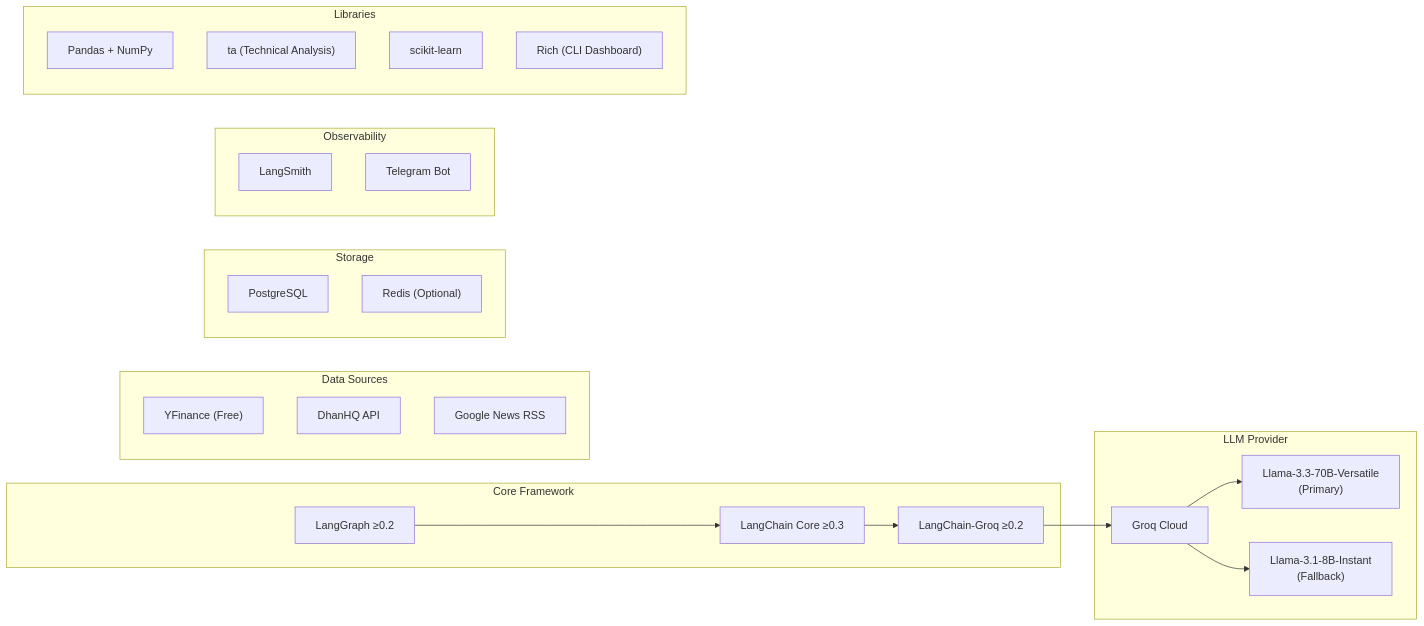
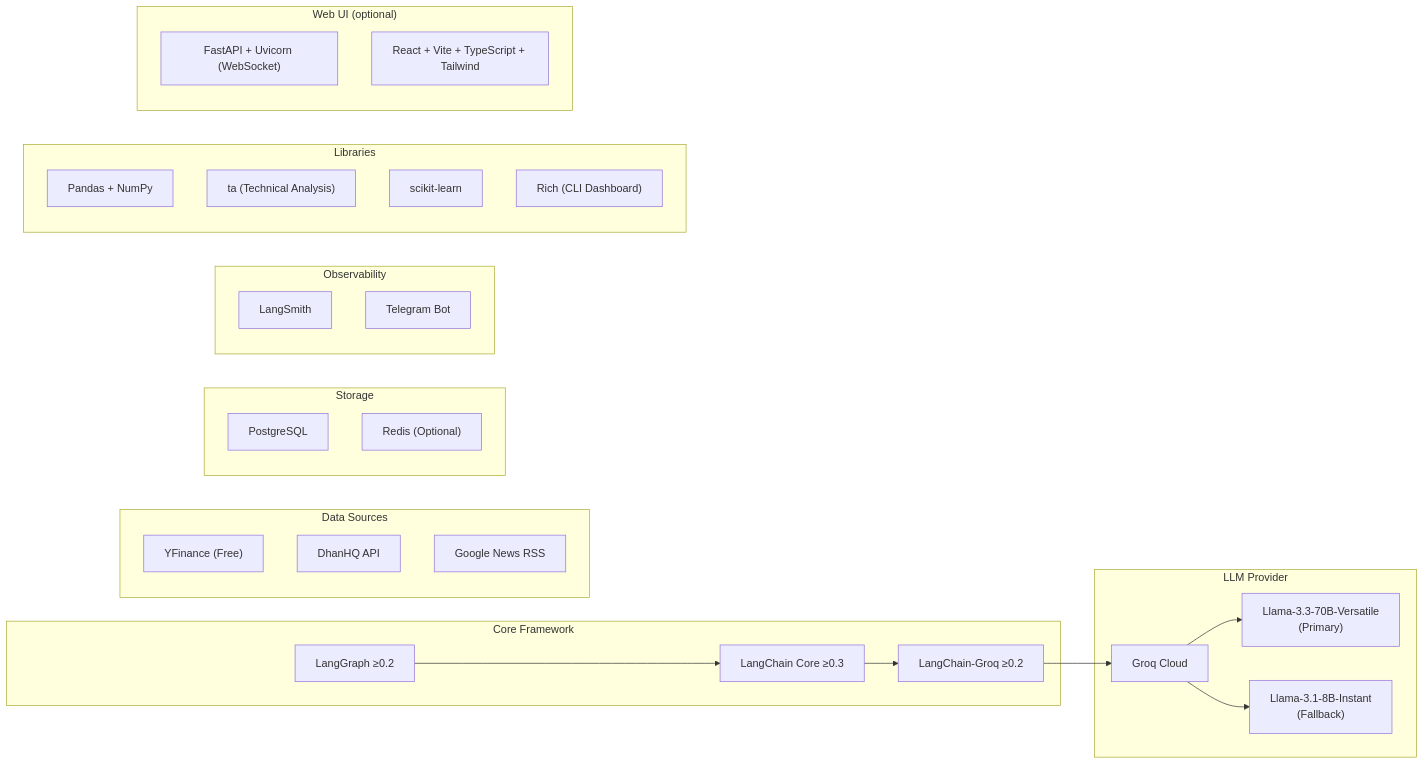
The first of 2 diagrams in docs/1_Introduction.md (HimanshuMohanty-Git24/RakshaQuant), drawn with Mermaid before and after one commit. The commit also changed other lines of this file and 4 other files, not shown here.

First line of the commit message:
docs: reflect dual-mode CLI/web across docs/ architecture guides

````diff
--- a/docs/1_Introduction.md
+++ b/docs/1_Introduction.md
@@ -34,41 +34,46 @@
 ```mermaid
 graph LR
     subgraph "Core Framework"
         LG["LangGraph ≥0.2"]
         LC["LangChain Core ≥0.3"]
         LGroq["LangChain-Groq ≥0.2"]
     end
 
     subgraph "LLM Provider"
         Groq["Groq Cloud"]
         Llama70B["Llama-3.3-70B-Versatile<br/>(Primary)"]
         Llama8B["Llama-3.1-8B-Instant<br/>(Fallback)"]
     end
 
     subgraph "Data Sources"
         YF["YFinance (Free)"]
         Dhan["DhanHQ API"]
         News["Google News RSS"]
     end
 
     subgraph "Storage"
         PG["PostgreSQL"]
         Redis["Redis (Optional)"]
     end
 
     subgraph "Observability"
         LS["LangSmith"]
         TG["Telegram Bot"]
     end
 
     subgraph "Libraries"
         PD["Pandas + NumPy"]
         TA["ta (Technical Analysis)"]
         SK["scikit-learn"]
         Rich["Rich (CLI Dashboard)"]
     end
 
+    subgraph "Web UI (optional)"
+        FA["FastAPI + Uvicorn (WebSocket)"]
+        RV["React + Vite + TypeScript + Tailwind"]
+    end
+
     LG --> LC --> LGroq --> Groq
     Groq --> Llama70B
     Groq --> Llama8B
 ```
````
